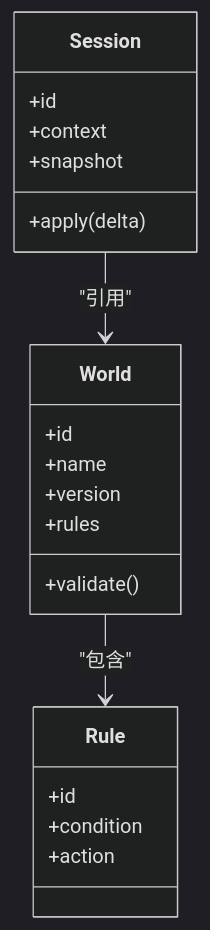
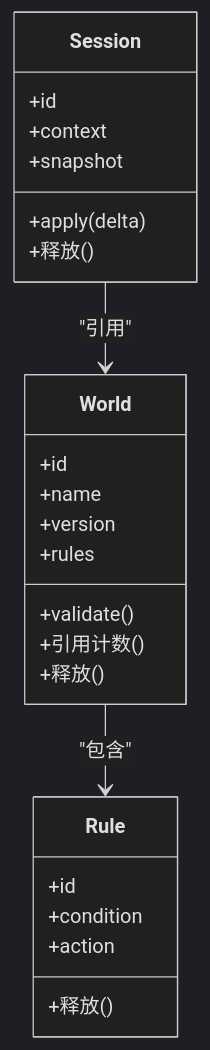
The ninth of 12 diagrams in .qoder/repowiki/zh/content/运行时系统/运行时核心.md (Ivandanslespace/thegreatnovel), drawn with Mermaid (dark theme) before and after one commit. The commit also changed other lines of this file and 64 other files, not shown here.

````diff
--- a/.qoder/repowiki/zh/content/运行时系统/运行时核心.md
+++ b/.qoder/repowiki/zh/content/运行时系统/运行时核心.md
@@ -379,23 +428,27 @@
 ```mermaid
 classDiagram
 class World {
 +id
 +name
 +version
 +rules
 +validate()
++引用计数()
++释放()
 }
 class Session {
 +id
 +context
 +snapshot
 +apply(delta)
++释放()
 }
 class Rule {
 +id
 +condition
 +action
++释放()
 }
 World --> Rule : "包含"
 Session --> World : "引用"
 ```
````
